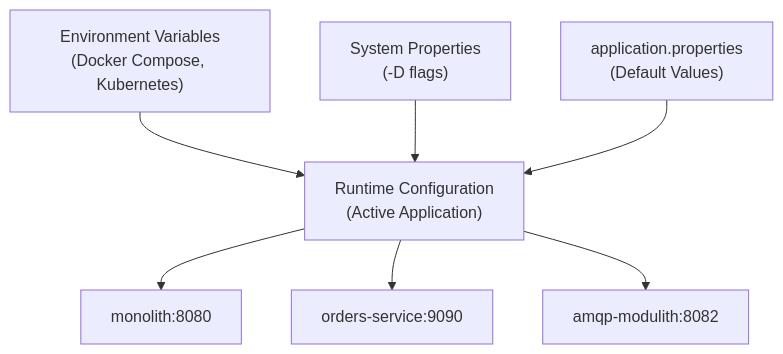
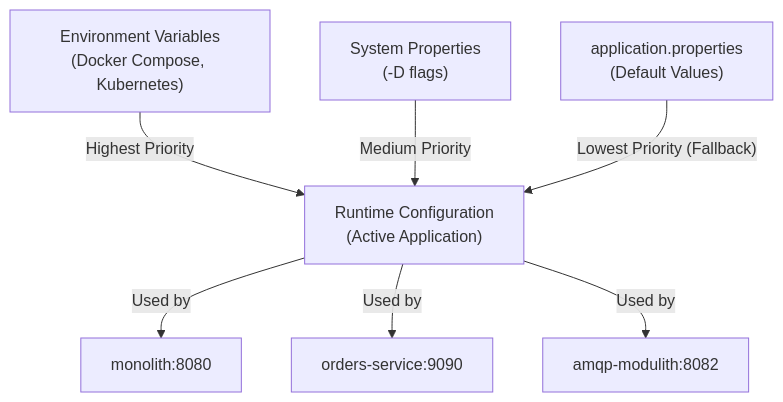
The first of 7 diagrams in docs/deepwiki/Environment-Variables.md (philipz/spring-modular-monolith), drawn with Mermaid before and after one commit. The commit also changed other lines of this file and 55 other files, not shown here.

````diff
--- a/docs/deepwiki/Environment-Variables.md
+++ b/docs/deepwiki/Environment-Variables.md
@@ -22,18 +22,18 @@
 ```mermaid
 flowchart TD
 
 EnvVars["Environment Variables<br>(Docker Compose, Kubernetes)"]
 SystemProps["System Properties<br>(-D flags)"]
 AppProps["application.properties<br>(Default Values)"]
 Runtime["Runtime Configuration<br>(Active Application)"]
 Monolith["monolith:8080"]
 OrdersSvc["orders-service:9090"]
 AMQPMod["amqp-modulith:8082"]
 
-EnvVars --> Runtime
-SystemProps --> Runtime
-AppProps --> Runtime
-Runtime --> Monolith
-Runtime --> OrdersSvc
-Runtime --> AMQPMod
+EnvVars -->|"Highest Priority"| Runtime
+SystemProps -->|"Medium Priority"| Runtime
+AppProps -->|"Lowest Priority (Fallback)"| Runtime
+Runtime -->|"Used by"| Monolith
+Runtime -->|"Used by"| OrdersSvc
+Runtime -->|"Used by"| AMQPMod
 ```
````
